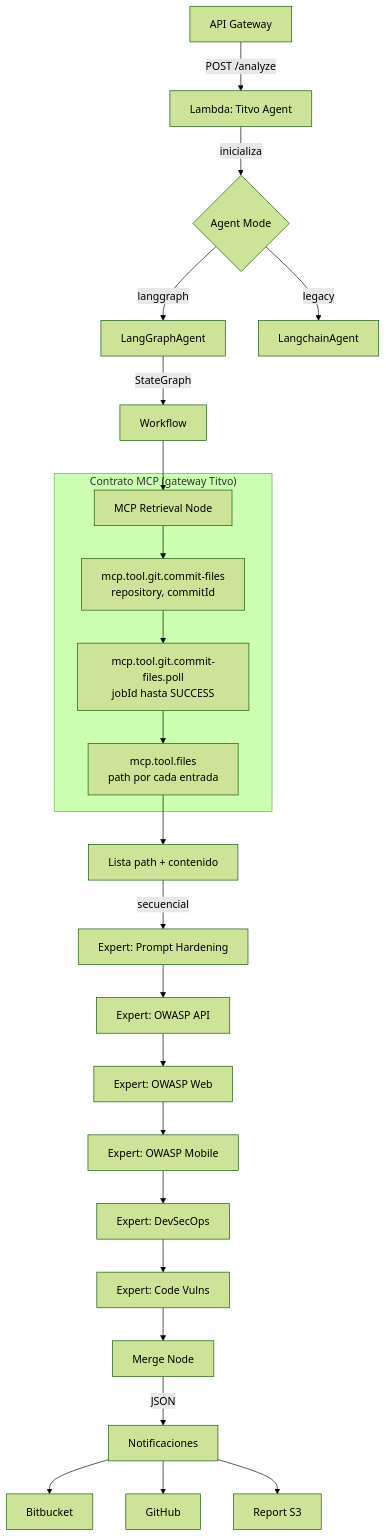
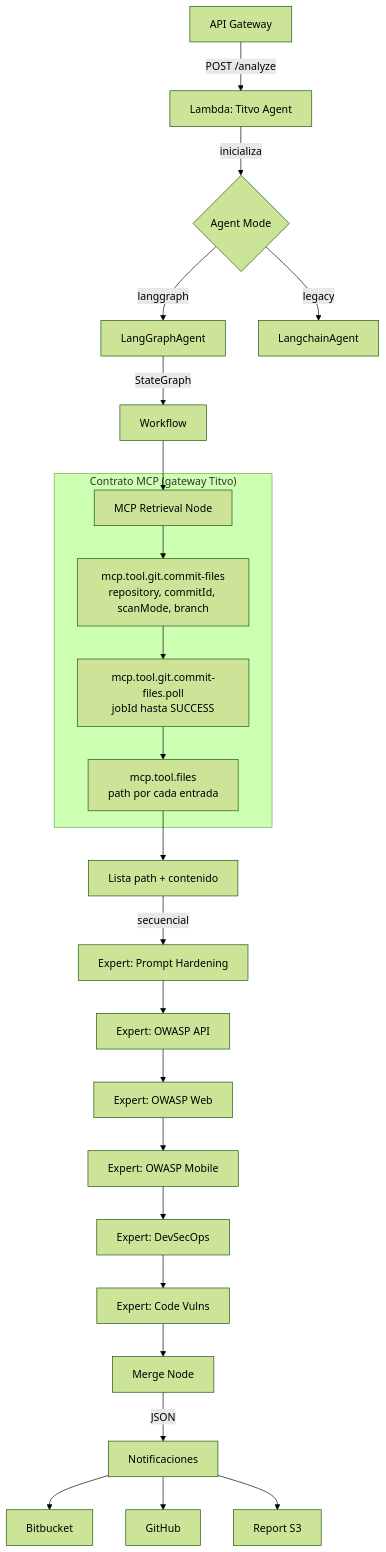
Before and after one commit to KaribuLab/titvo-dev: the first of 3 diagrams in docs/architecture.md, drawn with Mermaid (forest theme). The commit also changed other lines of this file and 11 other files, not shown here.

First line of the commit message:
feat: add full scan mode to API trigger, agent, and MCP contract

````diff
--- a/docs/architecture.md
+++ b/docs/architecture.md
@@ -5,29 +5,29 @@
 ```mermaid
 flowchart TD
     API[API Gateway] -->|POST /analyze| Lambda[Lambda: Titvo Agent]
     Lambda -->|inicializa| Agent{Agent Mode}
     Agent -->|langgraph| LGA[LangGraphAgent]
     Agent -->|legacy| LCA[LangchainAgent]
     
     LGA -->|StateGraph| WF[Workflow]
     WF --> MCP[MCP Retrieval Node]
     subgraph MCP_Fases["Contrato MCP (gateway Titvo)"]
-        MCP --> A[mcp.tool.git.commit-files<br/>repository, commitId]
+        MCP --> A[mcp.tool.git.commit-files<br/>repository, commitId, scanMode, branch]
         A --> B[mcp.tool.git.commit-files.poll<br/>jobId hasta SUCCESS]
         B --> C[mcp.tool.files<br/>path por cada entrada]
     end
     C --> Files[Lista path + contenido]
 
     Files -->|secuencial| Exp1[Expert: Prompt Hardening]
     Exp1 --> Exp2[Expert: OWASP API]
     Exp2 --> Exp3[Expert: OWASP Web]
     Exp3 --> Exp4[Expert: OWASP Mobile]
     Exp4 --> Exp5[Expert: DevSecOps]
     Exp5 --> Exp6[Expert: Code Vulns]
     Exp6 --> Merge[Merge Node]
     
     Merge -->|JSON| Notify[Notificaciones]
     Notify --> Bit[Bitbucket]
     Notify --> GitHub[GitHub]
     Notify --> S3[Report S3]
 ```
````
